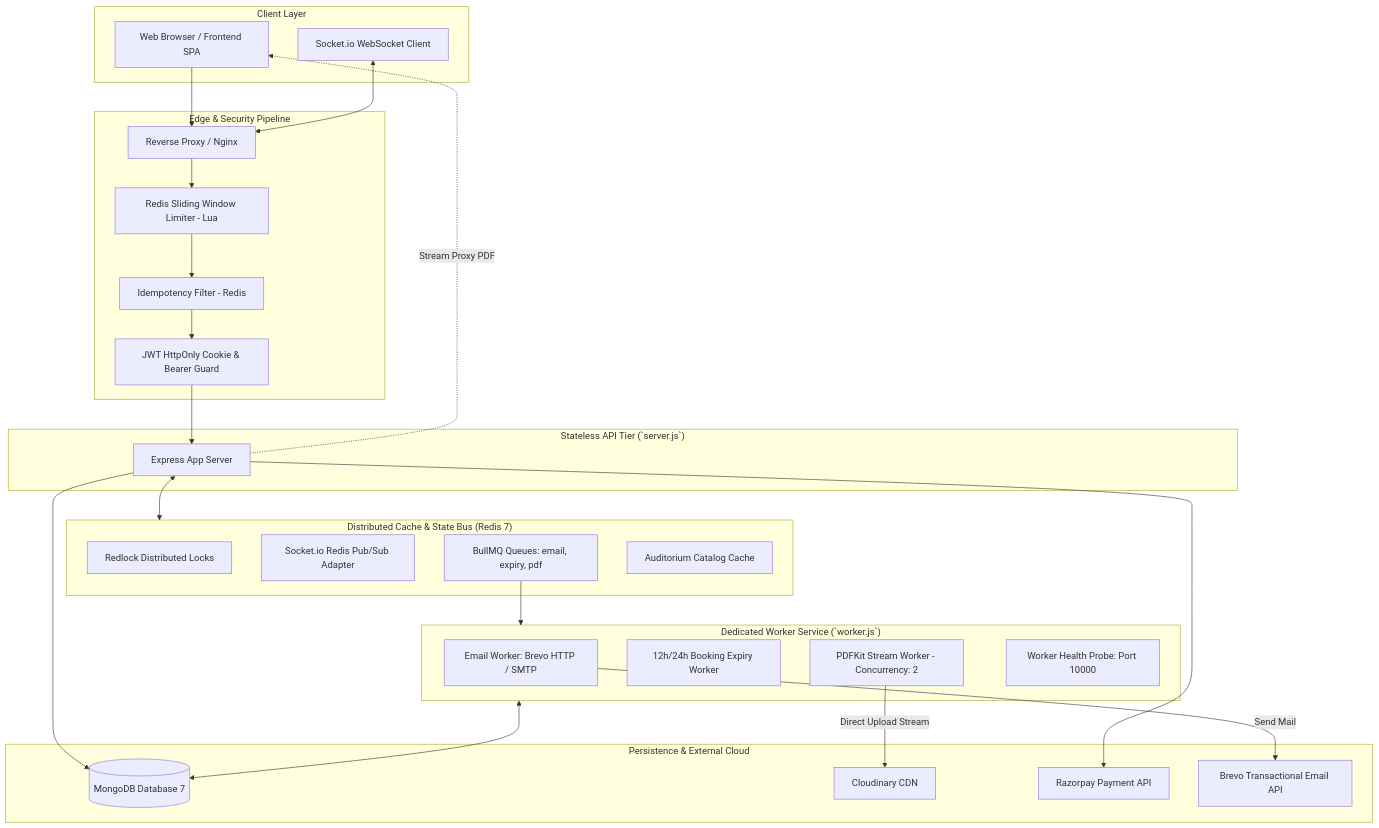
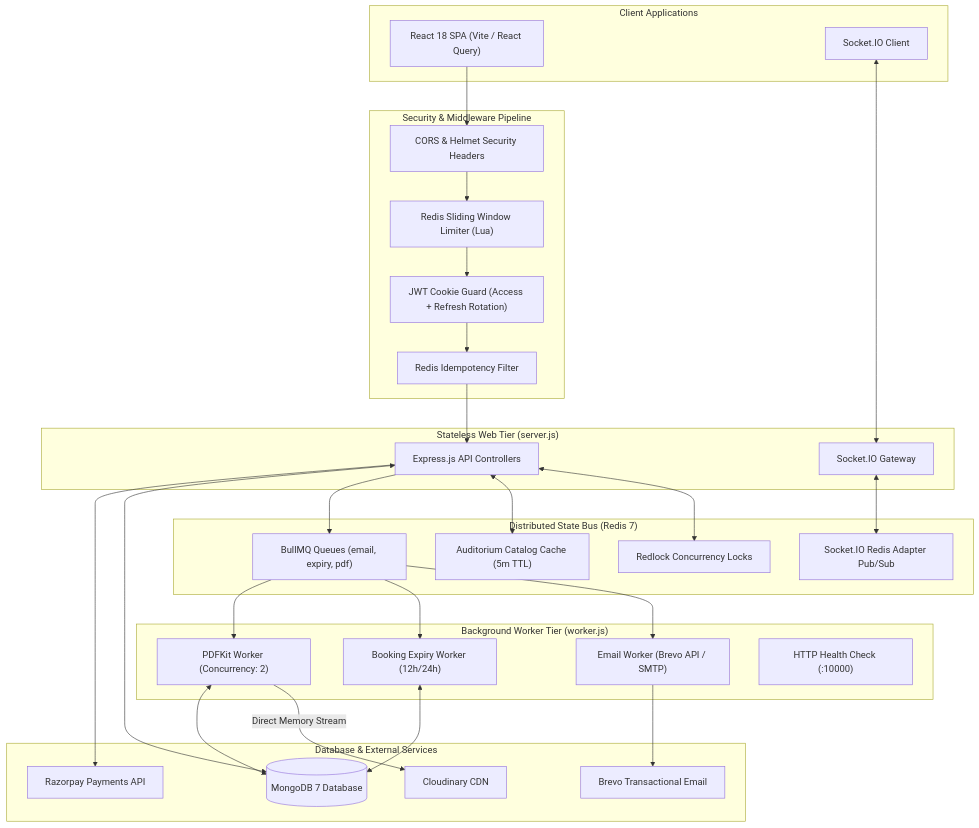
The diagram in README.md (buildwithrishabh/AuditoReserve), drawn with Mermaid before and after one commit. The commit also changed other lines of this file and 5 other files, not shown here.

Commit message:
docs: add comprehensive system architecture, API, security, and design documentation

````diff
--- a/README.md
+++ b/README.md
@@ -80,51 +62,55 @@
 ```mermaid
-flowchart TD
-    subgraph Client ["Client Layer"]
-        UI[Web Browser / Frontend SPA]
-        WS[Socket.io WebSocket Client]
+flowchart TB
+    subgraph Clients ["Client Applications"]
+        SPA["React 18 SPA (Vite / React Query)"]
+        WS["Socket.IO Client"]
     end
 
-    subgraph Gateway ["Edge & Security Pipeline"]
-        Proxy[Reverse Proxy / Nginx]
-        Limiter[Redis Sliding Window Limiter - Lua]
-        Idempotent[Idempotency Filter - Redis]
-        AuthGuard[JWT HttpOnly Cookie & Bearer Guard]
+    subgraph Security ["Security & Middleware Pipeline"]
+        CorsHelmet["CORS & Helmet Security Headers"]
+        RateLimiter["Redis Sliding Window Limiter (Lua)"]
+        AuthShield["JWT Cookie Guard (Access + Refresh Rotation)"]
+        Idempotency["Redis Idempotency Filter"]
     end
 
-    subgraph API ["Stateless API Tier (`server.js`)"]
-        Server[Express App Server]
+    subgraph APITier ["Stateless Web Tier (server.js)"]
+        ExpressApp["Express.js API Controllers"]
+        SocketServer["Socket.IO Gateway"]
     end
 
-    subgraph State ["Distributed Cache & State Bus (Redis 7)"]
-        Lock[Redlock Distributed Locks]
-        Adapter[Socket.io Redis Pub/Sub Adapter]
-        Queues[BullMQ Queues: email, expiry, pdf]
-        Cache[Auditorium Catalog Cache]
+    subgraph StateBus ["Distributed State Bus (Redis 7)"]
+        Redlock["Redlock Concurrency Locks"]
+        Cache["Auditorium Catalog Cache (5m TTL)"]
+        Adapter["Socket.IO Redis Adapter Pub/Sub"]
+        Queues["BullMQ Queues (email, expiry, pdf)"]
     end
 
-    subgraph Workers ["Dedicated Worker Service (`worker.js`)"]
-        EmailW[Email Worker: Brevo HTTP / SMTP]
-        ExpiryW[12h/24h Booking Expiry Worker]
-        PDFW[PDFKit Stream Worker - Concurrency: 2]
-        HealthS[Worker Health Probe: Port 10000]
+    subgraph WorkerTier ["Background Worker Tier (worker.js)"]
+        EmailWorker["Email Worker (Brevo API / SMTP)"]
+        ExpiryWorker["Booking Expiry Worker (12h/24h)"]
+        PdfWorker["PDFKit Worker (Concurrency: 2)"]
+        WorkerProbe["HTTP Health Check (:10000)"]
     end
 
-    subgraph Storage ["Persistence & External Cloud"]
-        DB[(MongoDB Database 7)]
-        Cloud[Cloudinary CDN]
-        Razorpay[Razorpay Payment API]
-        Brevo[Brevo Transactional Email API]
+    subgraph DataStorage ["Database & External Services"]
+        MongoDB[("MongoDB 7 Database")]
+        Cloudinary["Cloudinary CDN"]
+        Razorpay["Razorpay Payments API"]
+        Brevo["Brevo Transactional Email"]
     end
 
-    UI --> Proxy
-    WS <--> Proxy
-    Proxy --> Limiter --> Idempotent --> AuthGuard --> Server
-    Server <--> State
-    Server --> DB
-    Server --> Razorpay
-    Queues --> Workers
-    Workers <--> DB
-    PDFW -->|Direct Upload Stream| Cloud
-    EmailW -->|Send Mail| Brevo
-    Server -.->|Stream Proxy PDF| UI
+    SPA --> CorsHelmet --> RateLimiter --> AuthShield --> Idempotency --> ExpressApp
+    WS <--> SocketServer
+    SocketServer <--> Adapter
+    ExpressApp <--> Redlock
+    ExpressApp <--> Cache
+    ExpressApp --> Queues
+    ExpressApp <--> MongoDB
+    ExpressApp --> Razorpay
+
+    Queues --> EmailWorker & ExpiryWorker & PdfWorker
+    EmailWorker --> Brevo
+    ExpiryWorker <--> MongoDB
+    PdfWorker -->|Direct Memory Stream| Cloudinary
+    PdfWorker <--> MongoDB
 ```
````
